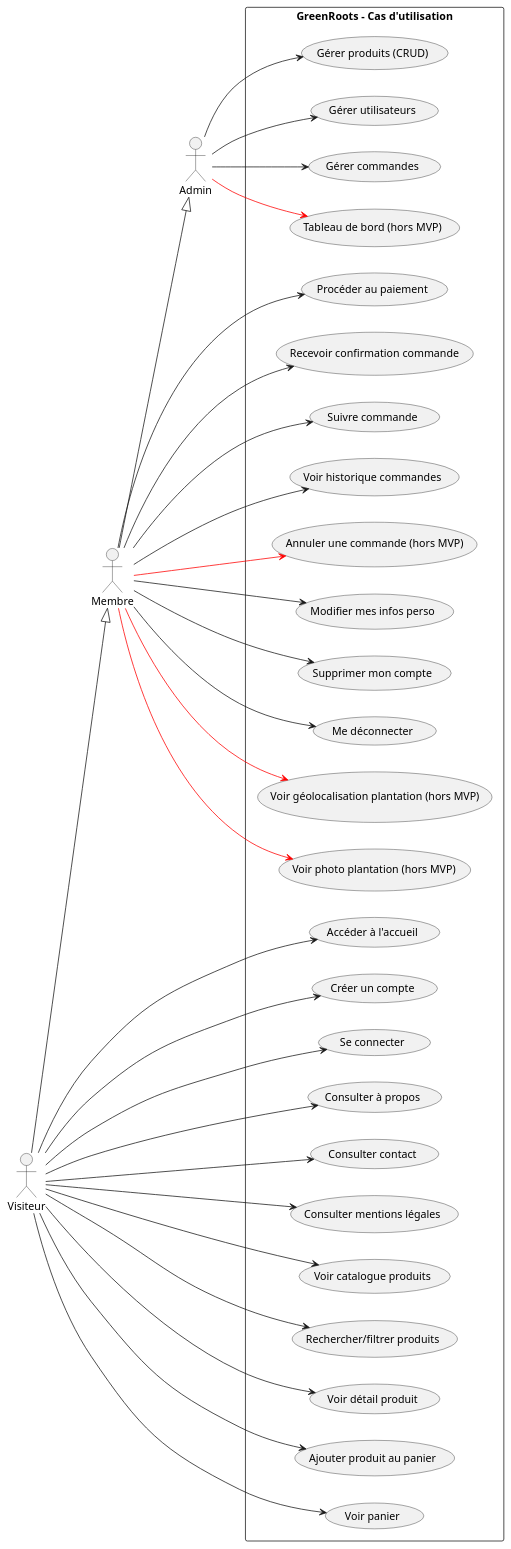
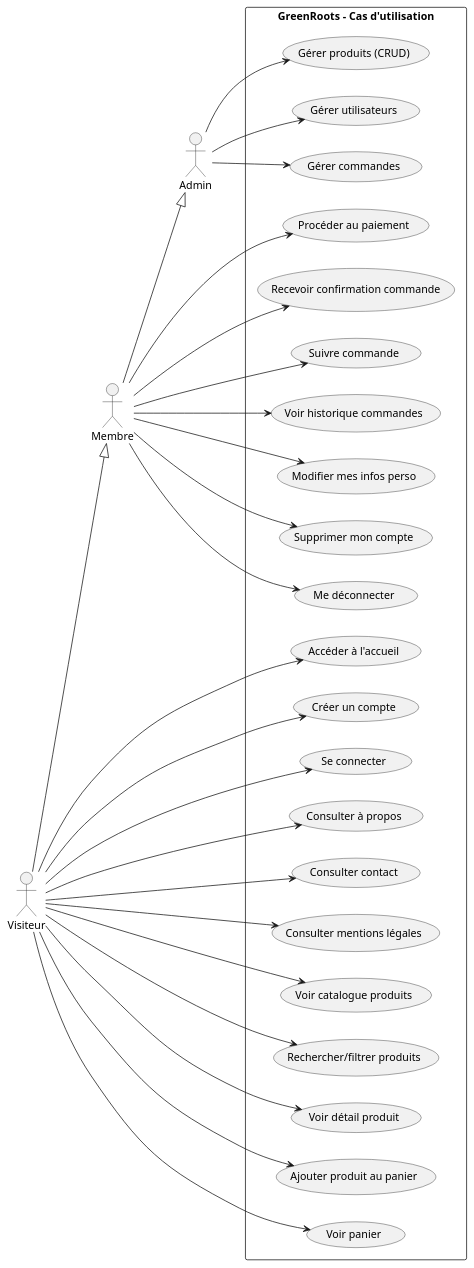
Before and after one commit to Salyarket/GreenRoots-Conception: the diagram in documents/Apothéose/uml/[cas d'utilisation]/dcu-global.puml, drawn with PlantUML. The commit also changed 4 other files, not shown here.

Commit message:
ajout des images uml et mcd

```diff
--- a/documents/Apothéose/uml/[cas d'utilisation]/dcu-global.puml
+++ b/documents/Apothéose/uml/[cas d'utilisation]/dcu-global.puml
@@ -1,77 +1,69 @@
 @startuml GreenRoots
 
 left to right direction
 
 actor Visiteur
 actor Membre
 actor Admin
 
 Visiteur --|> Membre
 Membre --|> Admin
 
 rectangle "GreenRoots - Cas d'utilisation" {
 
   ' --- Admin ---
   usecase "Gérer produits (CRUD)" as UC22
   usecase "Gérer utilisateurs" as UC23
   usecase "Gérer commandes" as UC24
-  usecase "Tableau de bord (hors MVP)"  as UC25
 
   ' --- Membre ---
   usecase "Procéder au paiement" as UC12
   usecase "Recevoir confirmation commande" as UC13
   usecase "Suivre commande" as UC14
   usecase "Voir historique commandes" as UC15
-  usecase "Annuler une commande (hors MVP)" as UC16
   usecase "Modifier mes infos perso" as UC17
   usecase "Supprimer mon compte" as UC18
   usecase "Me déconnecter" as UC19
-  usecase "Voir géolocalisation plantation (hors MVP)" as UC20
-  usecase "Voir photo plantation (hors MVP)" as UC21
 
   ' --- Visiteur ---
   usecase "Accéder à l'accueil" as UC1
   usecase "Créer un compte" as UC2
   usecase "Se connecter" as UC3
   usecase "Consulter à propos" as UC4
   usecase "Consulter contact" as UC5
   usecase "Consulter mentions légales" as UC6
   usecase "Voir catalogue produits" as UC7
   usecase "Rechercher/filtrer produits" as UC8
   usecase "Voir détail produit" as UC9
   usecase "Ajouter produit au panier" as UC10
   usecase "Voir panier" as UC11
 }
 
 ' Liens Admin
 Admin --> UC22
 Admin --> UC23
 Admin --> UC24
-Admin -[#red]-> UC25
 
 ' Liens Membre
 Membre --> UC12
 Membre --> UC13
 Membre --> UC14
 Membre --> UC15
-Membre -[#red]-> UC16
 Membre --> UC17
 Membre --> UC18
 Membre --> UC19
-Membre -[#red]-> UC20
-Membre -[#red]-> UC21
 
 ' Liens Visiteur
 Visiteur --> UC1
 Visiteur --> UC2
 Visiteur --> UC3
 Visiteur --> UC4
 Visiteur --> UC5
 Visiteur --> UC6
 Visiteur --> UC7
 Visiteur --> UC8
 Visiteur --> UC9
 Visiteur --> UC10
 Visiteur --> UC11
 
 @enduml
```
